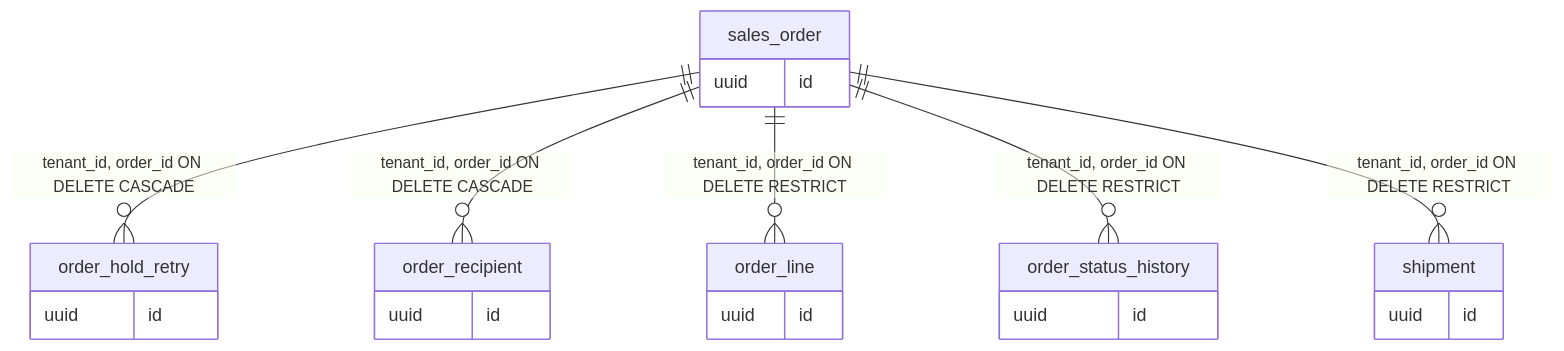
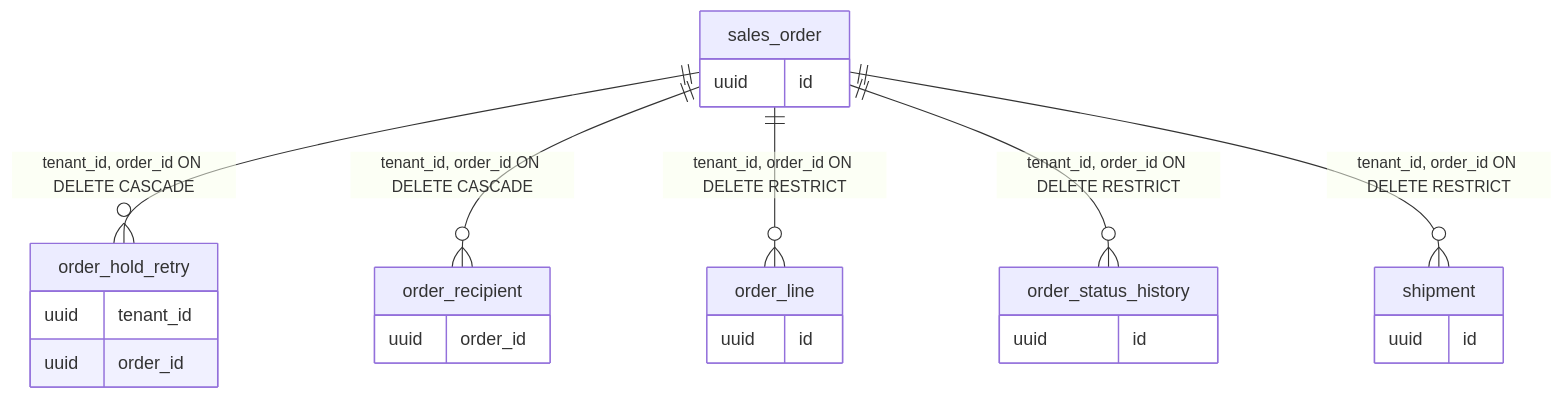
Before and after one commit to Narote-Dev/ThaiShopFun-OMS: the fourth of 8 diagrams in docs/db/DATA-DICTIONARY.md, drawn with Mermaid. The commit also changed other lines of this file and 16 other files, not shown here.

First line of the commit message:
docs: round 3 reference quality (per-field usage, schema, CHECK fix)

````diff
--- a/docs/db/DATA-DICTIONARY.md
+++ b/docs/db/DATA-DICTIONARY.md
@@ -95,26 +96,27 @@
 ```mermaid
 erDiagram
   sales_order {
     uuid id
   }
   order_hold_retry {
-    uuid id
+    uuid tenant_id
+    uuid order_id
   }
   order_recipient {
-    uuid id
+    uuid order_id
   }
   order_line {
     uuid id
   }
   order_status_history {
     uuid id
   }
   shipment {
     uuid id
   }
   sales_order ||--o{ order_hold_retry : "tenant_id, order_id ON DELETE CASCADE"
   sales_order ||--o{ order_recipient : "tenant_id, order_id ON DELETE CASCADE"
   sales_order ||--o{ order_line : "tenant_id, order_id ON DELETE RESTRICT"
   sales_order ||--o{ order_status_history : "tenant_id, order_id ON DELETE RESTRICT"
   sales_order ||--o{ shipment : "tenant_id, order_id ON DELETE RESTRICT"
 ```
````
